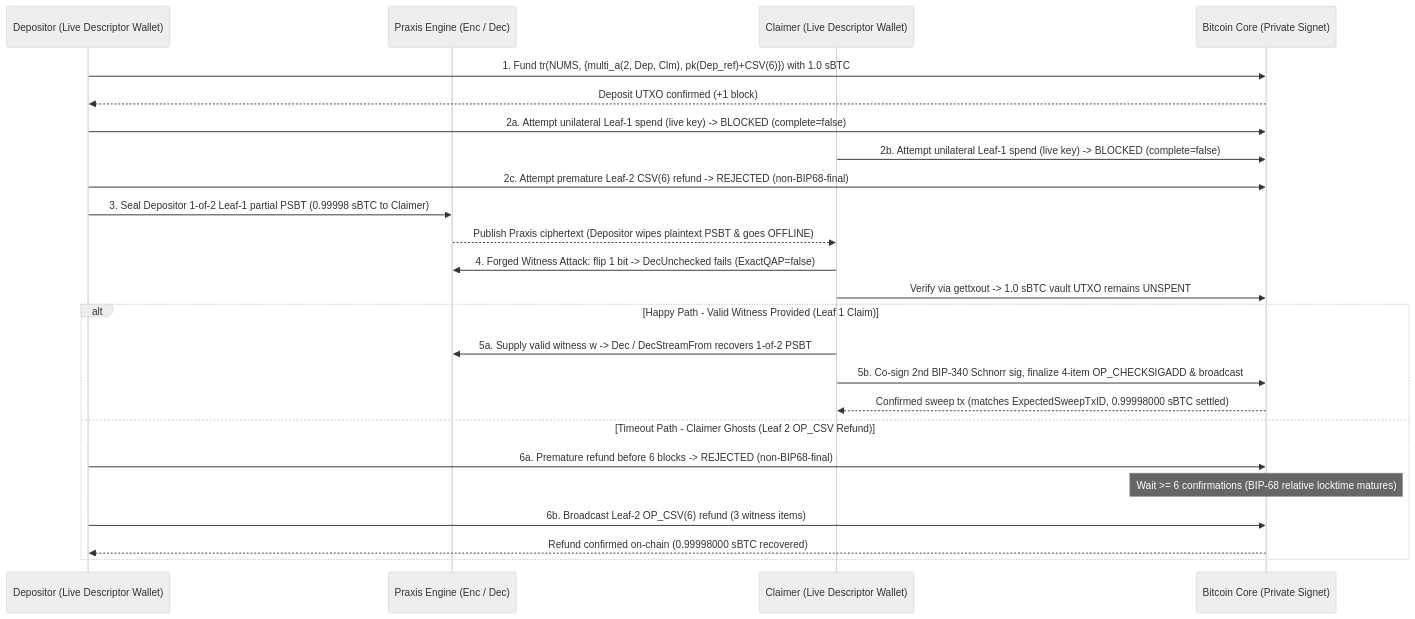
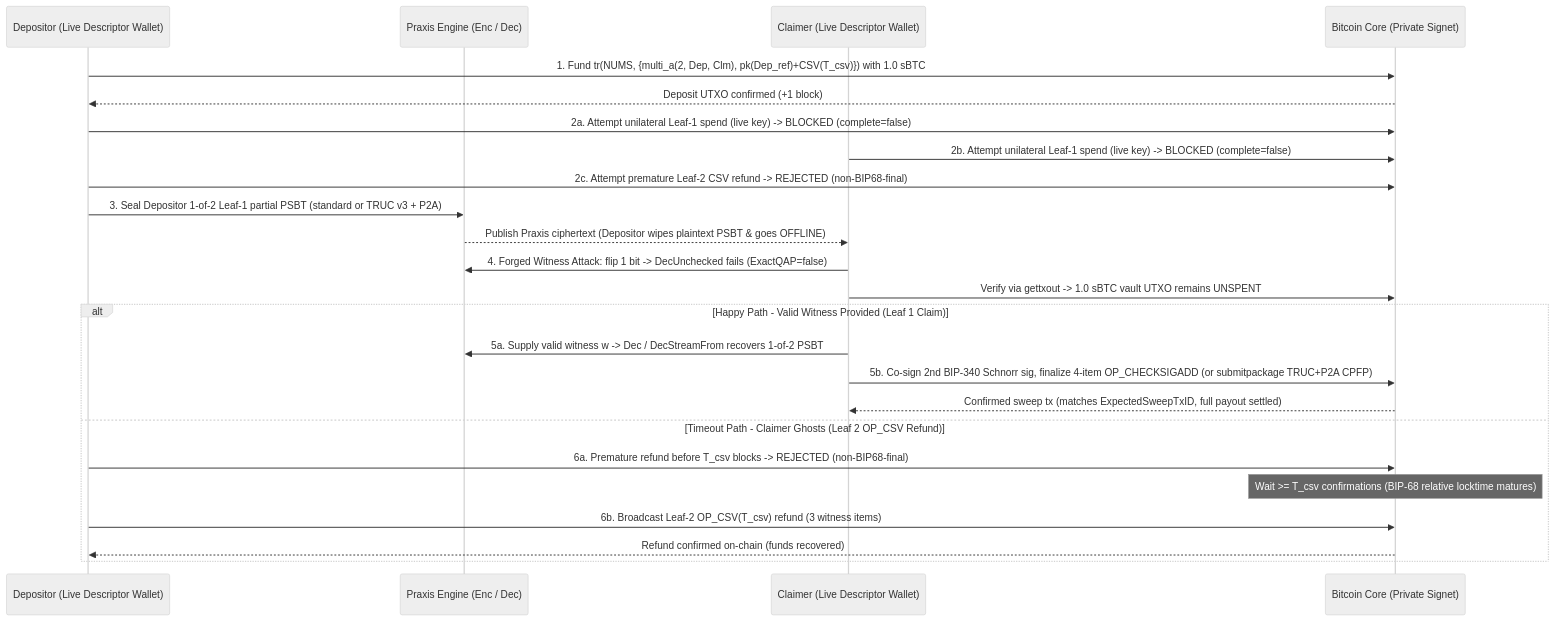
One commit to redstar-systems/praxis-demo changed the second of 2 diagrams in docs/WHITEPAPER.md. Above: the diagram before and after it, drawn with Mermaid (neutral theme). The commit also changed other lines of this file and 5 other files, not shown here.

Commit message:
feat(v0.4.0): in-BQS BN254 G2[r] subgroup check, TRUC v3 + P2A CPFP vaults, and updated whitepaper

````diff
--- a/docs/WHITEPAPER.md
+++ b/docs/WHITEPAPER.md
@@ -206,30 +223,30 @@
 ```mermaid
 sequenceDiagram
   participant Dep as Depositor (Live Descriptor Wallet)
   participant Praxis as Praxis Engine (Enc / Dec)
   participant Clm as Claimer (Live Descriptor Wallet)
   participant BTC as Bitcoin Core (Private Signet)
 
-  Dep->>BTC: 1. Fund tr(NUMS, {multi_a(2, Dep, Clm), pk(Dep_ref)+CSV(6)}) with 1.0 sBTC
+  Dep->>BTC: 1. Fund tr(NUMS, {multi_a(2, Dep, Clm), pk(Dep_ref)+CSV(T_csv)}) with 1.0 sBTC
   BTC-->>Dep: Deposit UTXO confirmed (+1 block)
   Dep->>BTC: 2a. Attempt unilateral Leaf-1 spend (live key) -> BLOCKED (complete=false)
   Clm->>BTC: 2b. Attempt unilateral Leaf-1 spend (live key) -> BLOCKED (complete=false)
-  Dep->>BTC: 2c. Attempt premature Leaf-2 CSV(6) refund -> REJECTED (non-BIP68-final)
+  Dep->>BTC: 2c. Attempt premature Leaf-2 CSV refund -> REJECTED (non-BIP68-final)
 
-  Dep->>Praxis: 3. Seal Depositor 1-of-2 Leaf-1 partial PSBT (0.99998 sBTC to Claimer)
+  Dep->>Praxis: 3. Seal Depositor 1-of-2 Leaf-1 partial PSBT (standard or TRUC v3 + P2A)
   Praxis-->>Clm: Publish Praxis ciphertext (Depositor wipes plaintext PSBT & goes OFFLINE)
 
   Clm->>Praxis: 4. Forged Witness Attack: flip 1 bit -> DecUnchecked fails (ExactQAP=false)
   Clm->>BTC: Verify via gettxout -> 1.0 sBTC vault UTXO remains UNSPENT
 
   alt Happy Path - Valid Witness Provided (Leaf 1 Claim)
     Clm->>Praxis: 5a. Supply valid witness w -> Dec / DecStreamFrom recovers 1-of-2 PSBT
-    Clm->>BTC: 5b. Co-sign 2nd BIP-340 Schnorr sig, finalize 4-item OP_CHECKSIGADD & broadcast
-    BTC-->>Clm: Confirmed sweep tx (matches ExpectedSweepTxID, 0.99998000 sBTC settled)
+    Clm->>BTC: 5b. Co-sign 2nd BIP-340 Schnorr sig, finalize 4-item OP_CHECKSIGADD (or submitpackage TRUC+P2A CPFP)
+    BTC-->>Clm: Confirmed sweep tx (matches ExpectedSweepTxID, full payout settled)
   else Timeout Path - Claimer Ghosts (Leaf 2 OP_CSV Refund)
-    Dep->>BTC: 6a. Premature refund before 6 blocks -> REJECTED (non-BIP68-final)
-    Note over BTC: Wait >= 6 confirmations (BIP-68 relative locktime matures)
-    Dep->>BTC: 6b. Broadcast Leaf-2 OP_CSV(6) refund (3 witness items)
-    BTC-->>Dep: Refund confirmed on-chain (0.99998000 sBTC recovered)
+    Dep->>BTC: 6a. Premature refund before T_csv blocks -> REJECTED (non-BIP68-final)
+    Note over BTC: Wait >= T_csv confirmations (BIP-68 relative locktime matures)
+    Dep->>BTC: 6b. Broadcast Leaf-2 OP_CSV(T_csv) refund (3 witness items)
+    BTC-->>Dep: Refund confirmed on-chain (funds recovered)
   end
 ```
````
